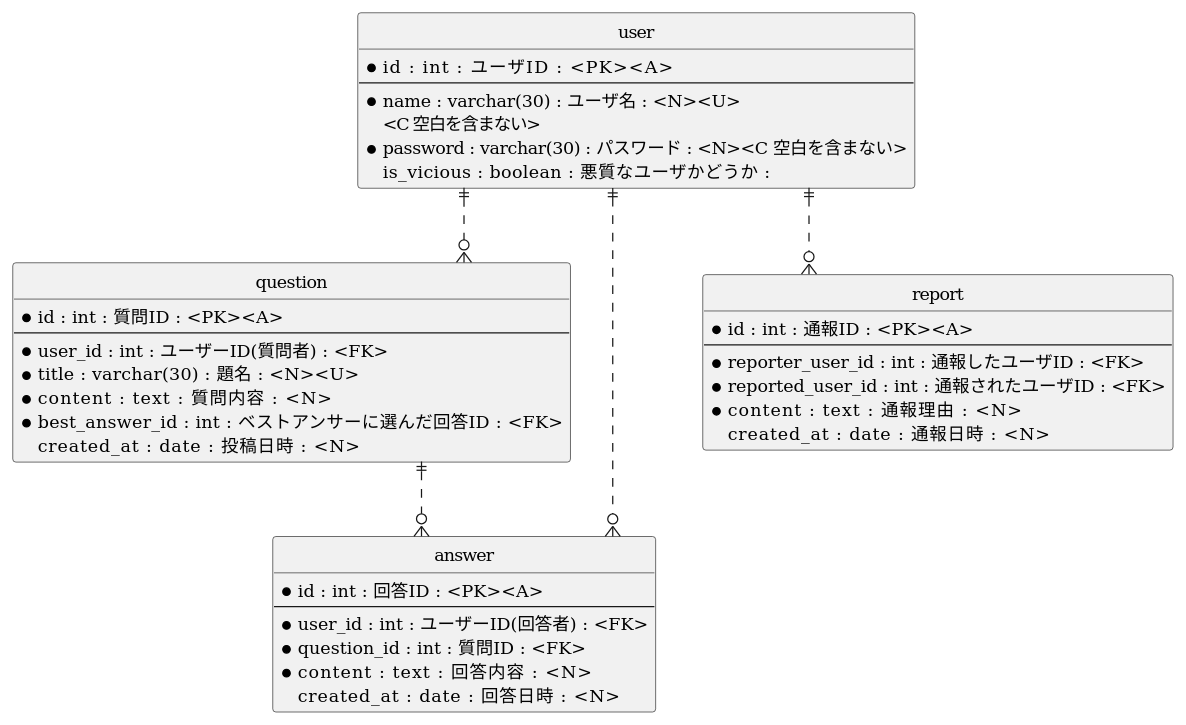
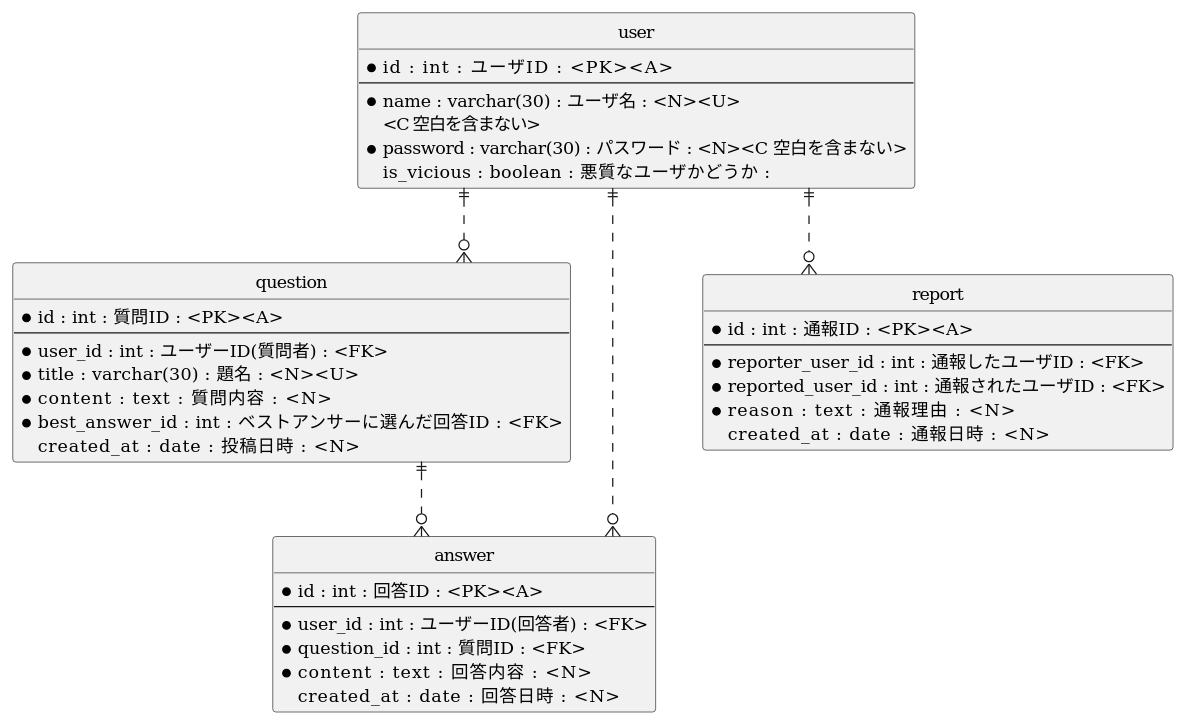
One commit to araigoro/Website changed the diagram in DBdesign/DBdesign.pu. Above: the diagram before and after it, drawn with PlantUML.

Commit message:
・reportテーブルの理由カラム名をcontent→reasonに変更

```diff
--- a/DBdesign/DBdesign.pu
+++ b/DBdesign/DBdesign.pu
@@ -15,53 +15,53 @@
 @startuml test
  hide circle
  skinparam linetype ortho
 
   entity "user" as user {
      * id   :   int    :    ユーザID    :   <PK><A>
      --
      * name :   varchar(30) :   ユーザ名    :   <N><U>
     <C 空白を含まない>
      * password :   varchar(30) :   パスワード  :   <N><C 空白を含まない>
      is_vicious :   boolean :   悪質なユーザかどうか    : 
  }
 
   entity "question" as question {
      * id   :   int :   質問ID  :   <PK><A>
      --
      * user_id  : int   : ユーザーID(質問者)    :   <FK>
      * title    :   varchar(30) :   題名    :   <N><U>
      * content    :   text :   質問内容    :   <N>
      * best_answer_id    :   int :   ベストアンサーに選んだ回答ID    :  <FK>
      created_at :   date    :   投稿日時    :   <N>
  }
 
   entity "answer" as answer {
      * id   :   int :   回答ID  :   <PK><A>
      --
      * user_id  : int   : ユーザーID(回答者)    :   <FK>
      * question_id  : int   : 質問ID    :   <FK>
      * content    :   text :   回答内容    :   <N>
      created_at :   date    :   回答日時    :   <N>
  }
 
    entity "report" as report {
      * id   :   int :   通報ID  :   <PK><A>
      --
      * reporter_user_id  : int   : 通報したユーザID    :   <FK>
      * reported_user_id  : int   : 通報されたユーザID    :   <FK>
-     * content    :   text :   通報理由    :   <N>
+     * reason    :   text :   通報理由    :   <N>
      created_at :   date    :   通報日時    :   <N>
  }
 
  '文法
  '|o：0か1
  '||：1のみ
  '}o：0以上
  '}|：1以上
 
  user ||..o{ question
  user ||..o{ answer
  question ||..o{ answer
  user ||..o{ report
 
  @enduml
```
